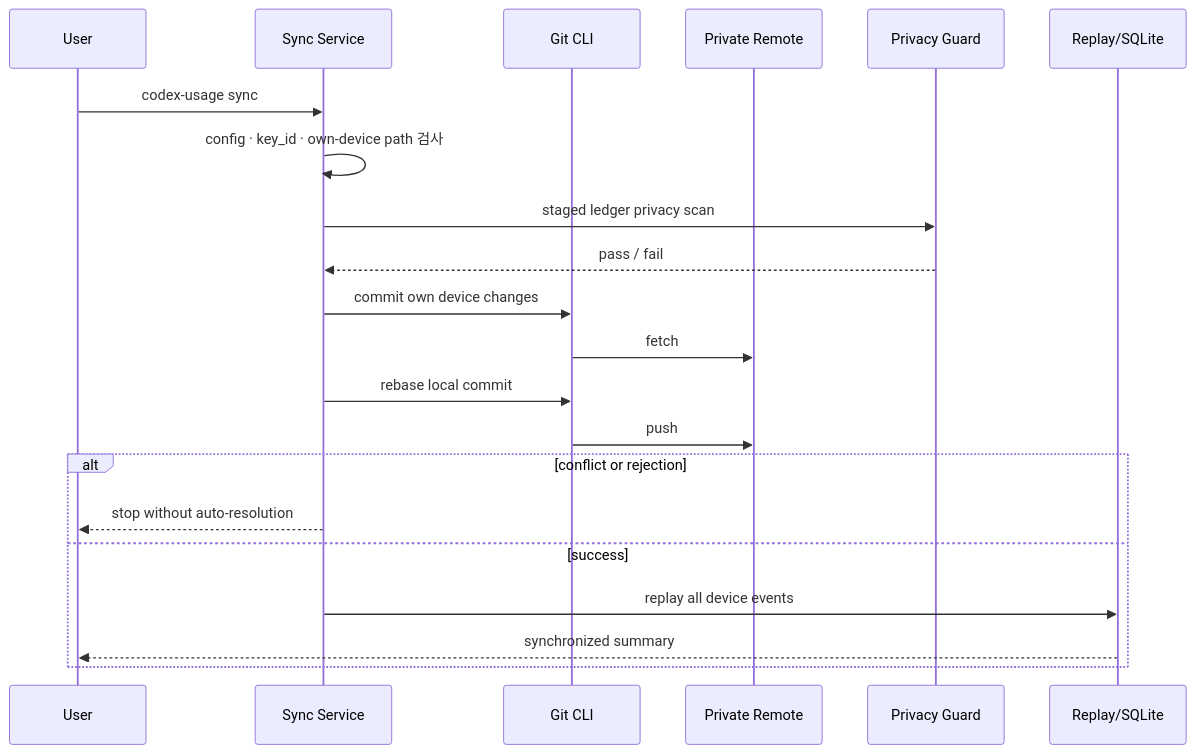
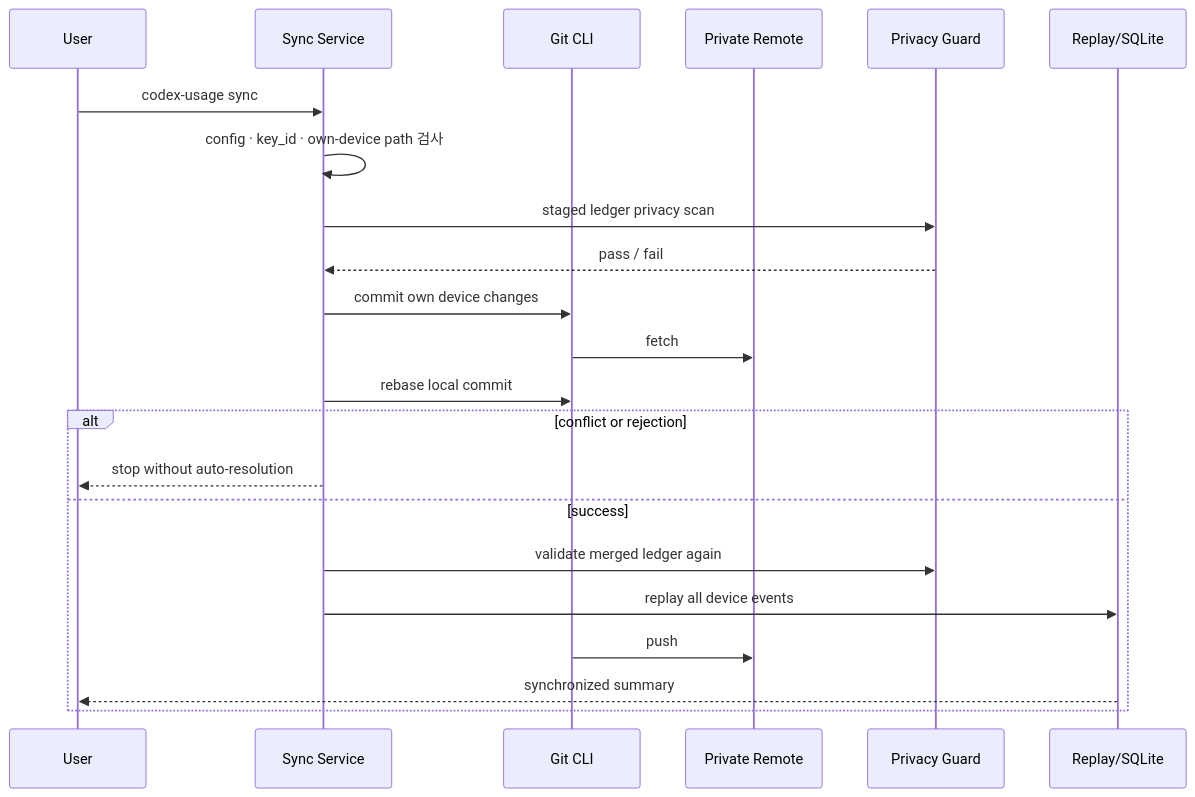
Before and after one commit to shotgun1107/codex-usage-tracker: the fourth of 6 diagrams in ARCHITECTURE.md, drawn with Mermaid. The commit also changed other lines of this file and 16 other files, not shown here.

````diff
--- a/ARCHITECTURE.md
+++ b/ARCHITECTURE.md
@@ -143,24 +143,25 @@
 ```mermaid
 sequenceDiagram
     participant U as User
     participant S as Sync Service
     participant G as Git CLI
     participant R as Private Remote
     participant P as Privacy Guard
     participant I as Replay/SQLite
 
     U->>S: codex-usage sync
     S->>S: config · key_id · own-device path 검사
     S->>P: staged ledger privacy scan
     P-->>S: pass / fail
     S->>G: commit own device changes
     G->>R: fetch
     S->>G: rebase local commit
-    G->>R: push
     alt conflict or rejection
         S-->>U: stop without auto-resolution
     else success
+        S->>P: validate merged ledger again
         S->>I: replay all device events
+        G->>R: push
         I-->>U: synchronized summary
     end
 ```
````
